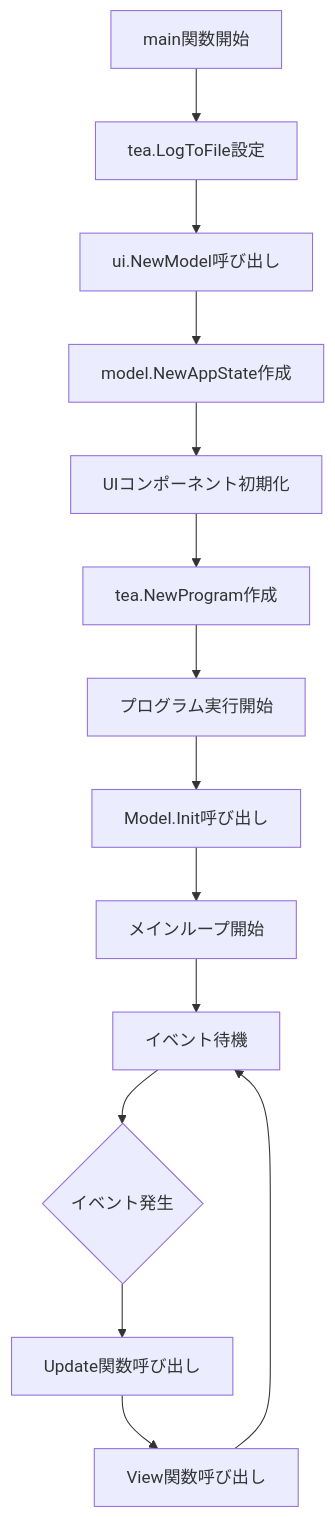
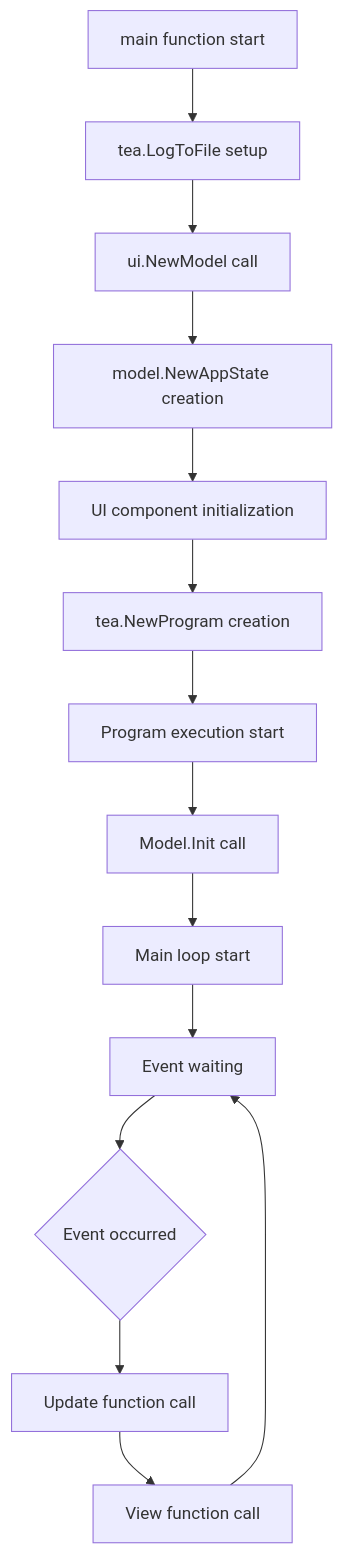
The first of 10 diagrams in docs/architecture-diagrams.md (tom555-555/tuimv), drawn with Mermaid before and after one commit. The commit also changed other lines of this file and 3 other files, not shown here.

````diff
--- a/docs/architecture-diagrams.md
+++ b/docs/architecture-diagrams.md
@@ -7,16 +9,16 @@
 ```mermaid
 flowchart TD
-    A[main関数開始] --> B[tea.LogToFile設定]
-    B --> C[ui.NewModel呼び出し]
-    C --> D[model.NewAppState作成]
-    D --> E[UIコンポーネント初期化]
-    E --> F[tea.NewProgram作成]
-    F --> G[プログラム実行開始]
-    G --> H[Model.Init呼び出し]
-    H --> I[メインループ開始]
-    I --> J[イベント待機]
-    J --> K{イベント発生}
-    K --> L[Update関数呼び出し]
-    L --> M[View関数呼び出し]
+    A[main function start] --> B[tea.LogToFile setup]
+    B --> C[ui.NewModel call]
+    C --> D[model.NewAppState creation]
+    D --> E[UI component initialization]
+    E --> F[tea.NewProgram creation]
+    F --> G[Program execution start]
+    G --> H[Model.Init call]
+    H --> I[Main loop start]
+    I --> J[Event waiting]
+    J --> K{Event occurred}
+    K --> L[Update function call]
+    L --> M[View function call]
     M --> J
 ```
````
